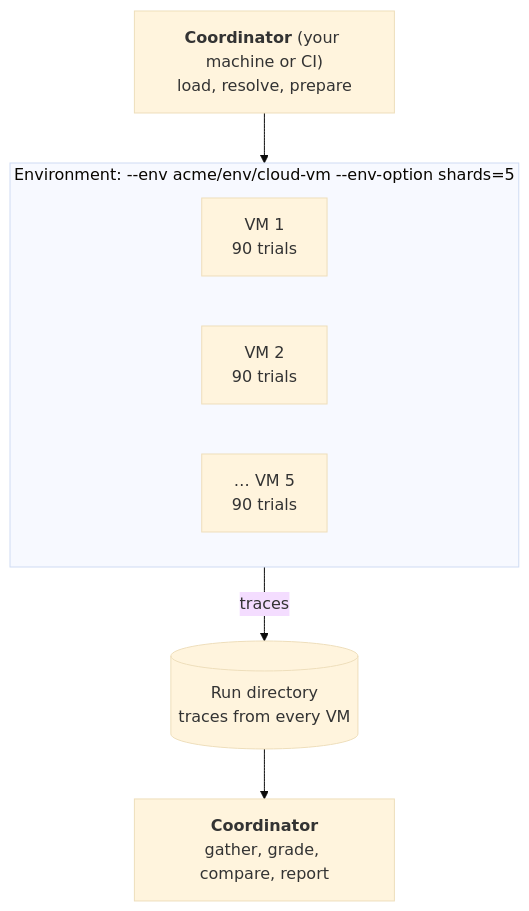
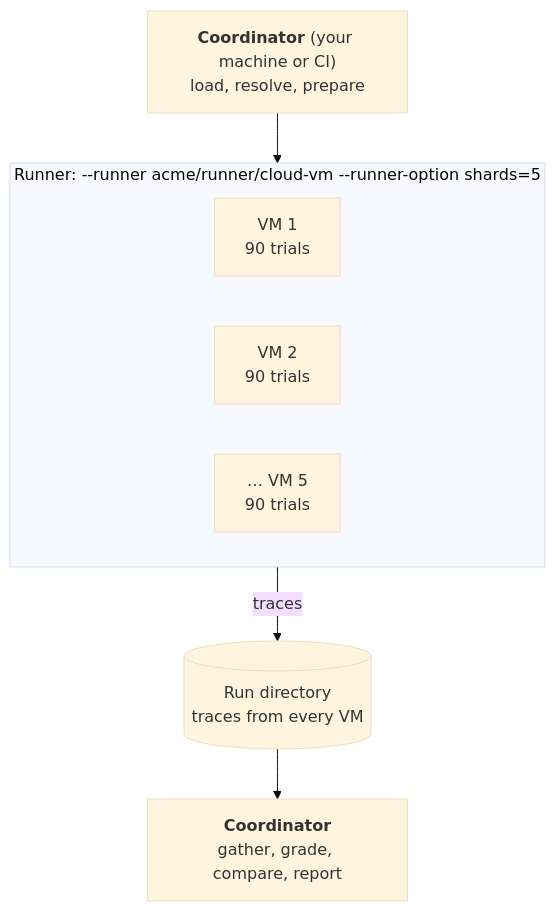
Before and after one commit to gleanwork/mcp-server-tester: the third of 3 diagrams in docs/design/explainer.md, drawn with Mermaid (base theme). The commit also changed other lines of this file and 117 other files, not shown here.

````diff
--- a/docs/design/explainer.md
+++ b/docs/design/explainer.md
@@ -171,15 +171,15 @@
 ```mermaid
 flowchart TD
   prep["<b>Coordinator</b> (your machine or CI)<br/>load, resolve, prepare"]
-  subgraph env["Environment: --env acme/env/cloud-vm --env-option shards=5"]
+  subgraph runner["Runner: --runner acme/runner/cloud-vm --runner-option shards=5"]
     direction LR
     vm1["VM 1<br/>90 trials"]
     vm2["VM 2<br/>90 trials"]
     vm5["… VM 5<br/>90 trials"]
   end
   store[("Run directory<br/>traces from every VM")]
   post["<b>Coordinator</b><br/>gather, grade, compare, report"]
-  prep --> env
-  env -- traces --> store
+  prep --> runner
+  runner -- traces --> store
   store --> post
 ```
````
